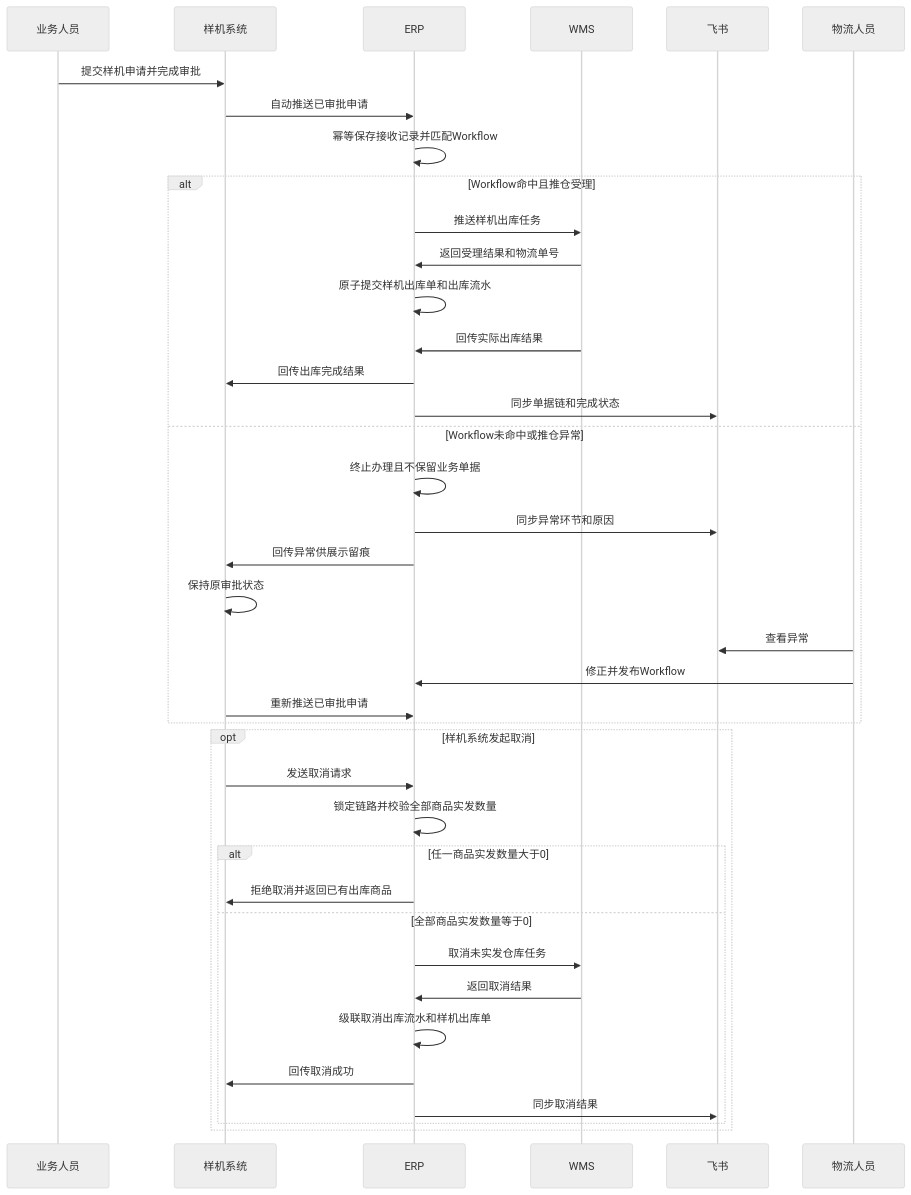
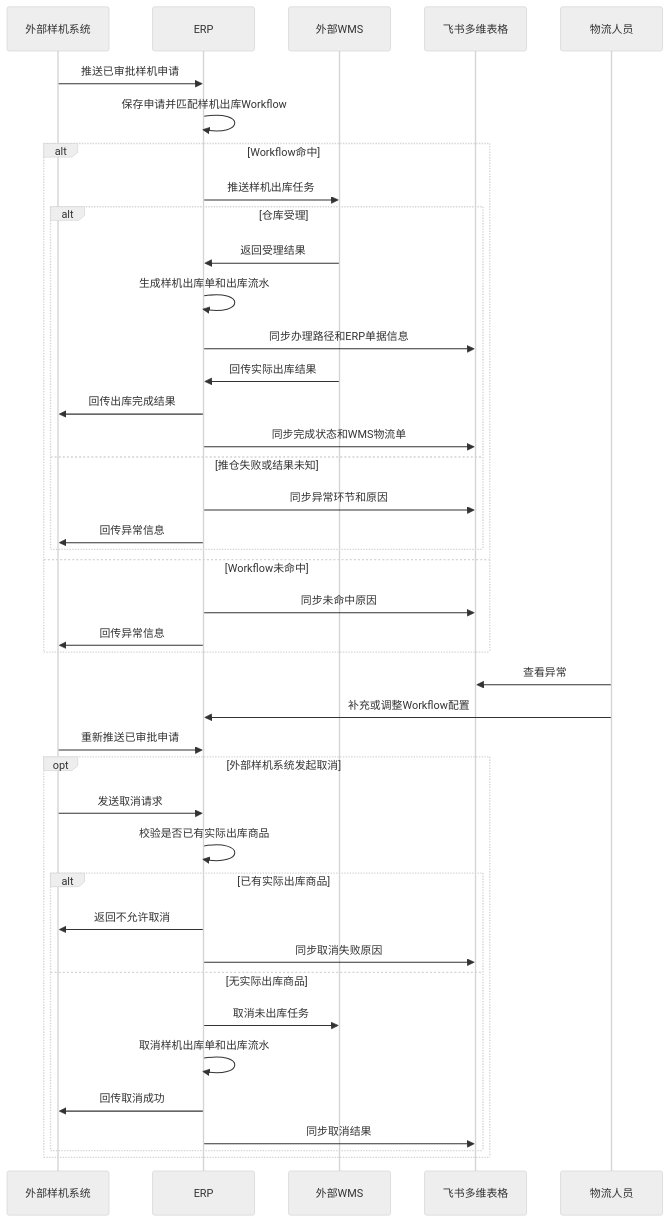
One commit to arlo-hello/erp-ai-docs-arlo changed the diagram in docs/v0.28.7/tasks/0208/product-plan.md. Above: the diagram before and after it, drawn with Mermaid (neutral theme). The commit also changed other lines of this file, not shown here.

````diff
--- a/docs/v0.28.7/tasks/0208/product-plan.md
+++ b/docs/v0.28.7/tasks/0208/product-plan.md
@@ -18,42 +17,46 @@
 ```mermaid
 sequenceDiagram
-  participant U as 业务人员
-  participant S as 样机系统
+  participant S as 外部样机系统
   participant E as ERP
-  participant W as WMS
-  participant F as 飞书
+  participant W as 外部WMS
+  participant F as 飞书多维表格
   participant L as 物流人员
 
-  U->>S: 提交样机申请并完成审批
-  S->>E: 自动推送已审批申请
-  E->>E: 幂等保存接收记录并匹配Workflow
-  alt Workflow命中且推仓受理
+  S->>E: 推送已审批样机申请
+  E->>E: 保存申请并匹配样机出库Workflow
+  alt Workflow命中
     E->>W: 推送样机出库任务
-    W->>E: 返回受理结果和物流单号
-    E->>E: 原子提交样机出库单和出库流水
-    W->>E: 回传实际出库结果
-    E->>S: 回传出库完成结果
-    E->>F: 同步单据链和完成状态
-  else Workflow未命中或推仓异常
-    E->>E: 终止办理且不保留业务单据
-    E->>F: 同步异常环节和原因
-    E->>S: 回传异常供展示留痕
-    S->>S: 保持原审批状态
-    L->>F: 查看异常
-    L->>E: 修正并发布Workflow
-    S->>E: 重新推送已审批申请
+    alt 仓库受理
+      W->>E: 返回受理结果
+      E->>E: 生成样机出库单和出库流水
+      E->>F: 同步办理路径和ERP单据信息
+      W->>E: 回传实际出库结果
+      E->>S: 回传出库完成结果
+      E->>F: 同步完成状态和WMS物流单
+    else 推仓失败或结果未知
+      E->>F: 同步异常环节和原因
+      E->>S: 回传异常信息
+    end
+  else Workflow未命中
+    E->>F: 同步未命中原因
+    E->>S: 回传异常信息
   end
-  opt 样机系统发起取消
+
+  L->>F: 查看异常
+  L->>E: 补充或调整Workflow配置
+  S->>E: 重新推送已审批申请
+
+  opt 外部样机系统发起取消
     S->>E: 发送取消请求
-    E->>E: 锁定链路并校验全部商品实发数量
-    alt 任一商品实发数量大于0
-      E->>S: 拒绝取消并返回已有出库商品
-    else 全部商品实发数量等于0
-      E->>W: 取消未实发仓库任务
-      W->>E: 返回取消结果
-      E->>E: 级联取消出库流水和样机出库单
+    E->>E: 校验是否已有实际出库商品
+    alt 已有实际出库商品
+      E->>S: 返回不允许取消
+      E->>F: 同步取消失败原因
+    else 无实际出库商品
+      E->>W: 取消未出库任务
+      E->>E: 取消样机出库单和出库流水
       E->>S: 回传取消成功
       E->>F: 同步取消结果
     end
   end
 ```
````
